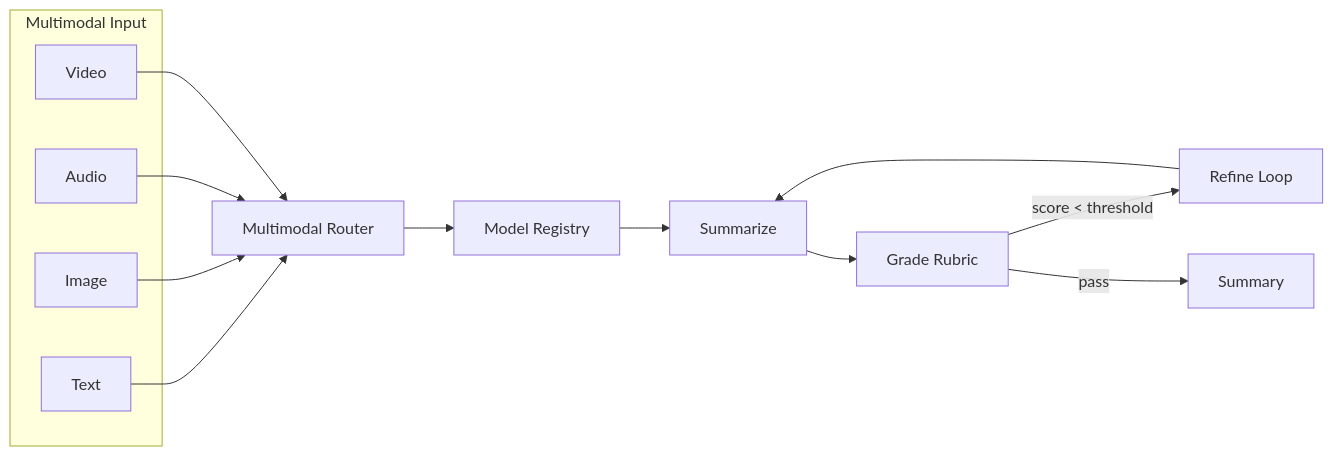
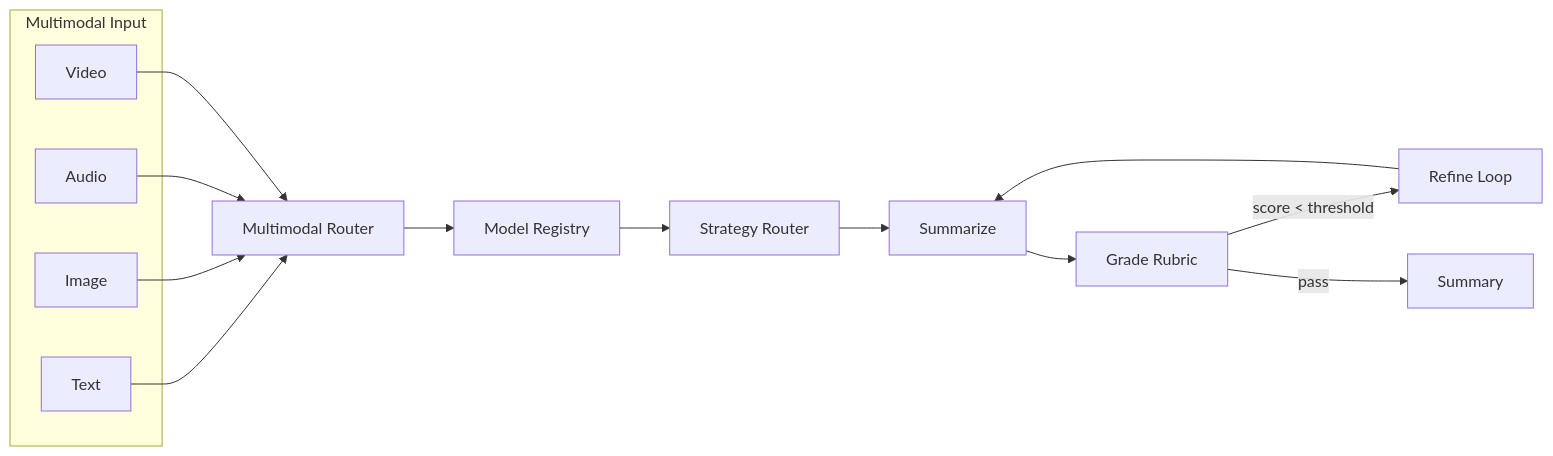
One commit to askmy-stack/nexus-forge changed the diagram in README.md. Above: the diagram before and after it, drawn with Mermaid. The commit also changed other lines of this file and 25 other files, not shown here.

First line of the commit message:
feat: complete roadmap — PyPI, ONNX, HF Space GPU, hierarchical/RAG

````diff
--- a/README.md
+++ b/README.md
@@ -32,23 +32,24 @@
 ```mermaid
 flowchart LR
     subgraph Input["Multimodal Input"]
         TXT[Text]
         IMG[Image]
         AUD[Audio]
         VID[Video]
     end
 
     ROUTER[Multimodal Router]
     REG[Model Registry]
     SUM[Summarize]
+    STRAT[Strategy Router]
     GRADE[Grade Rubric]
     REFINE[Refine Loop]
 
     TXT --> ROUTER
     IMG --> ROUTER
     AUD --> ROUTER
     VID --> ROUTER
-    ROUTER --> REG --> SUM --> GRADE
+    ROUTER --> REG --> STRAT --> SUM --> GRADE
     GRADE -->|score < threshold| REFINE --> SUM
     GRADE -->|pass| OUT[Summary]
 ```
````
